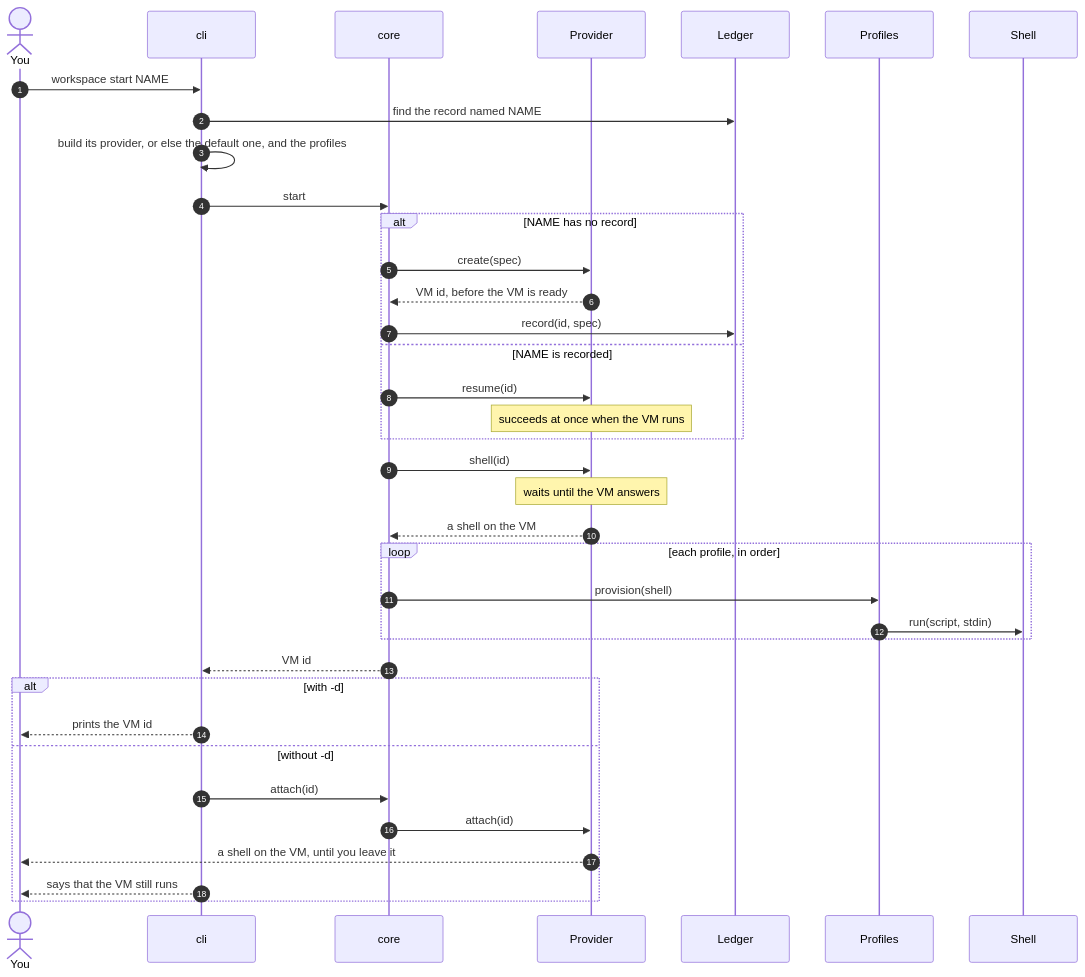
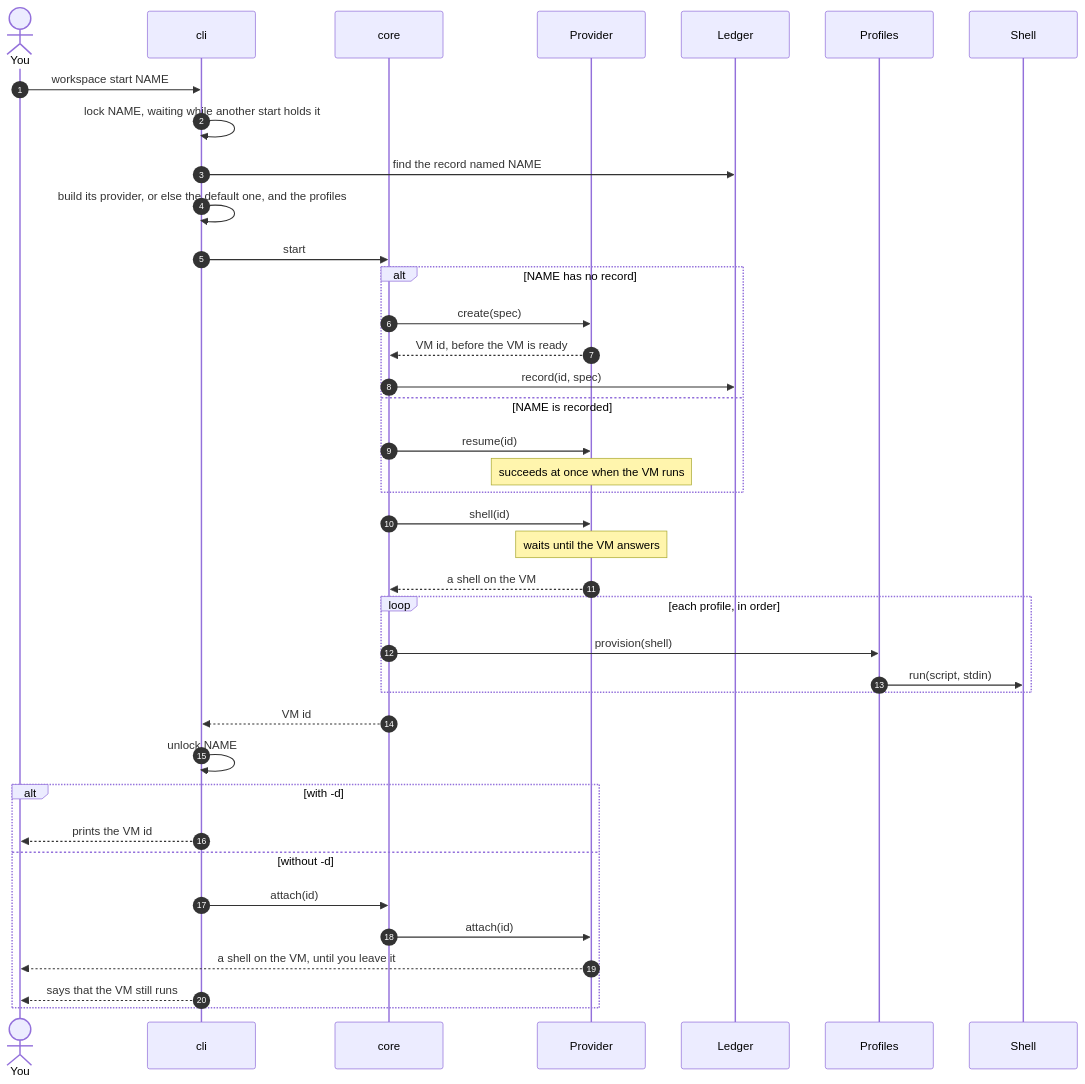
Before and after one commit to NextNodeSolutions/workspace: the third of 6 diagrams in docs/architecture.md, drawn with Mermaid. The commit also changed other lines of this file and 5 other files, not shown here.

First line of the commit message:
fix(cli): two starts of one name never create two VMs

````diff
--- a/docs/architecture.md
+++ b/docs/architecture.md
@@ -63,39 +63,41 @@
 ```mermaid
 sequenceDiagram
     autonumber
     actor You
     participant CLI as cli
     participant Core as core
     participant P as Provider
     participant L as Ledger
     participant Pr as Profiles
     participant S as Shell
     You->>CLI: workspace start NAME
+    CLI->>CLI: lock NAME, waiting while another start holds it
     CLI->>L: find the record named NAME
     CLI->>CLI: build its provider, or else the default one, and the profiles
     CLI->>Core: start
     alt NAME has no record
         Core->>P: create(spec)
         P-->>Core: VM id, before the VM is ready
         Core->>L: record(id, spec)
     else NAME is recorded
         Core->>P: resume(id)
         Note over P: succeeds at once when the VM runs
     end
     Core->>P: shell(id)
     Note over P: waits until the VM answers
     P-->>Core: a shell on the VM
     loop each profile, in order
         Core->>Pr: provision(shell)
         Pr->>S: run(script, stdin)
     end
     Core-->>CLI: VM id
+    CLI->>CLI: unlock NAME
     alt with -d
         CLI-->>You: prints the VM id
     else without -d
         CLI->>Core: attach(id)
         Core->>P: attach(id)
         P-->>You: a shell on the VM, until you leave it
         CLI-->>You: says that the VM still runs
     end
 ```
````
